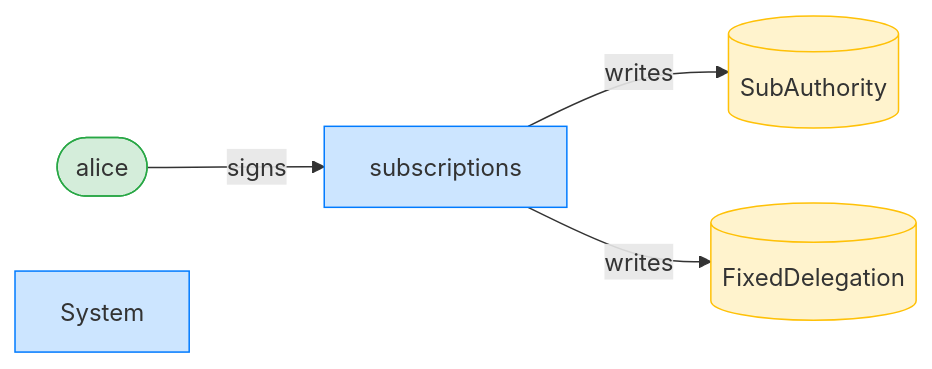
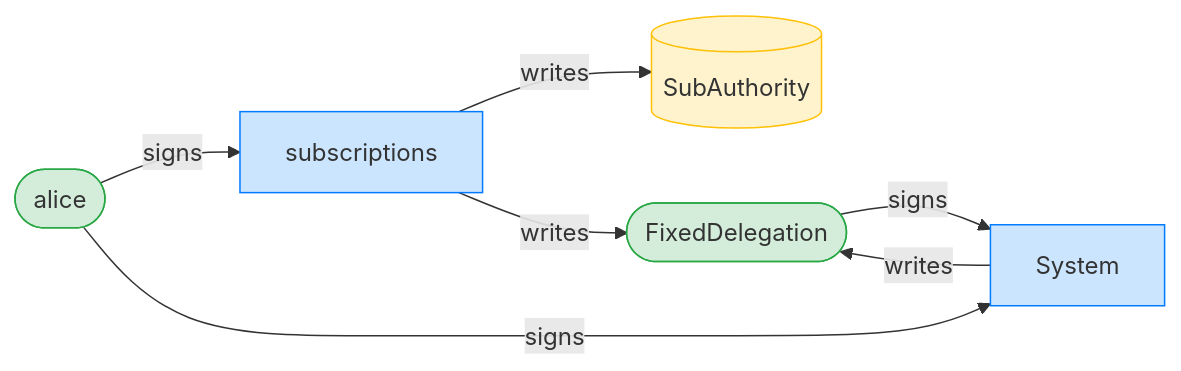
The seventh of 8 diagrams in dsl_tests/survive-a-pre-funded-delegation-pda.md (cds-rs/subscriptions), drawn with Mermaid before and after one commit. The commit also changed other lines of this file and 224 other files, not shown here.

````diff
--- a/dsl_tests/survive-a-pre-funded-delegation-pda.md
+++ b/dsl_tests/survive-a-pre-funded-delegation-pda.md
@@ -138,14 +144,17 @@
 ```mermaid
 flowchart LR
     classDef signer fill:#d4edda,stroke:#28a745;
     classDef program fill:#cce5ff,stroke:#007bff;
     classDef writable fill:#fff3cd,stroke:#ffc107;
     subscriptions[subscriptions]:::program
     alice([alice]):::signer
     SubAuthority[(SubAuthority)]:::writable
-    FixedDelegation[(FixedDelegation)]:::writable
+    FixedDelegation([FixedDelegation]):::signer
     System[System]:::program
     alice -->|signs| subscriptions
+    alice -->|signs| System
+    FixedDelegation -->|signs| System
     subscriptions -->|writes| SubAuthority
     subscriptions -->|writes| FixedDelegation
+    System -->|writes| FixedDelegation
 ```
````
